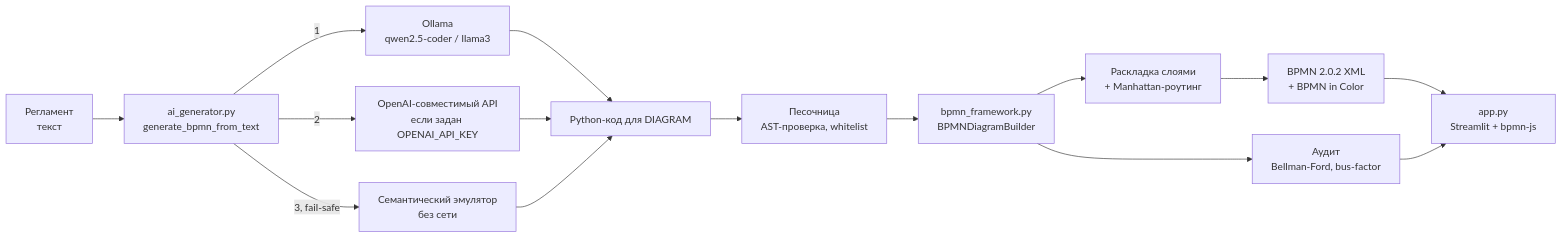
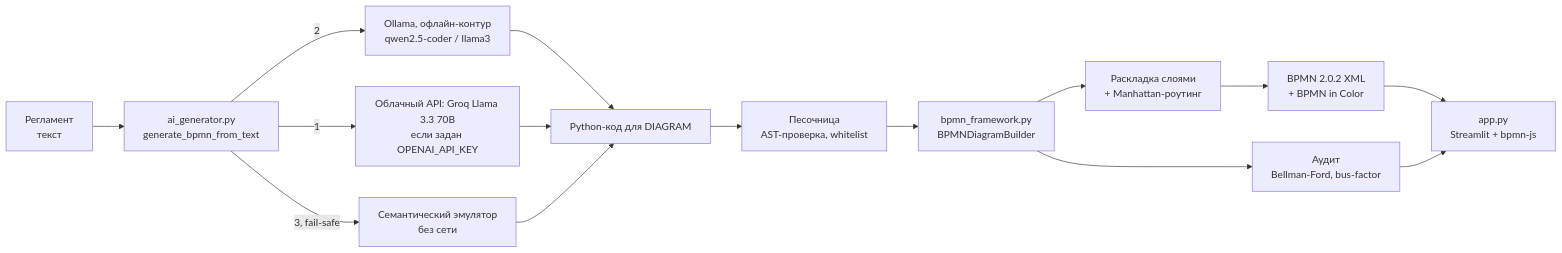
One commit to arsiboats-svg/arkhitektor-bpmn-diagramm changed the diagram in README.md. Above: the diagram before and after it, drawn with Mermaid. The commit also changed other lines of this file and 15 other files, not shown here.

````diff
--- a/README.md
+++ b/README.md
@@ -47,17 +63,17 @@
 ```mermaid
 flowchart LR
     U[Регламент<br/>текст] --> AI[ai_generator.py<br/>generate_bpmn_from_text]
-    AI -->|1| OL[Ollama<br/>qwen2.5-coder / llama3]
-    AI -->|2| OA[OpenAI-совместимый API<br/>если задан OPENAI_API_KEY]
+    AI -->|1| OA[Облачный API: Groq Llama 3.3 70B<br/>если задан OPENAI_API_KEY]
+    AI -->|2| OL[Ollama, офлайн-контур<br/>qwen2.5-coder / llama3]
     AI -->|3, fail-safe| EM[Семантический эмулятор<br/>без сети]
     OL --> CODE[Python-код для DIAGRAM]
     OA --> CODE
     EM --> CODE
     CODE --> SB[Песочница<br/>AST-проверка, whitelist]
     SB --> FW[bpmn_framework.py<br/>BPMNDiagramBuilder]
     FW --> L[Раскладка слоями<br/>+ Manhattan-роутинг]
     FW --> A[Аудит<br/>Bellman-Ford, bus-factor]
     L --> X[BPMN 2.0.2 XML<br/>+ BPMN in Color]
     X --> UI[app.py<br/>Streamlit + bpmn-js]
     A --> UI
 ```
````
